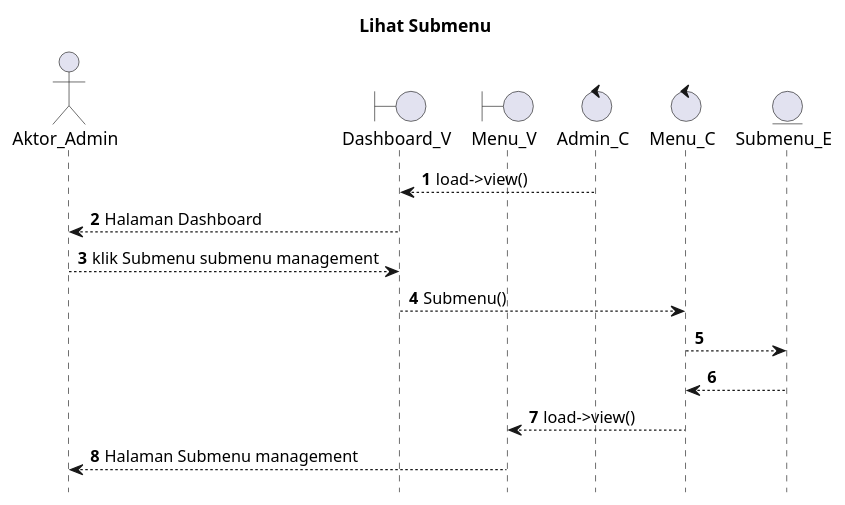
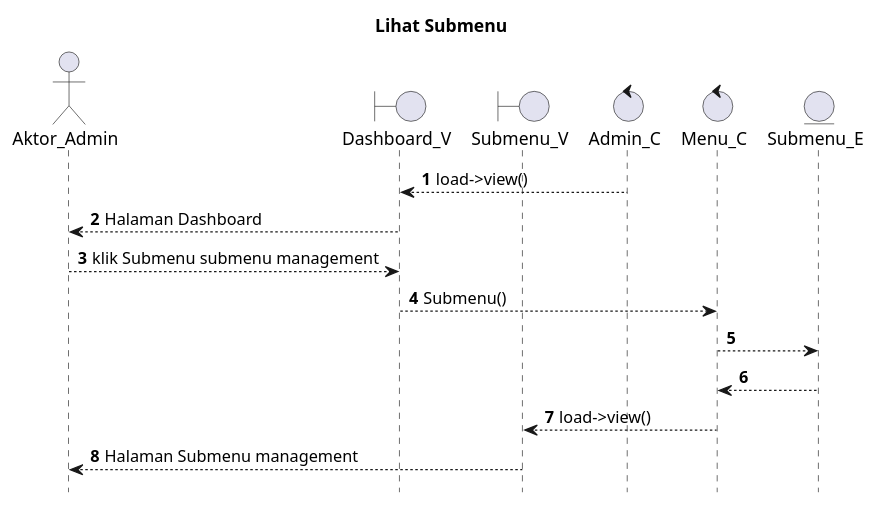
One commit to kurniado729/sistem_kp changed the diagram in UML/admin/viewsubmenu.puml. Above: the diagram before and after it, drawn with PlantUML. The commit also changed 44 other files, not shown here.

Commit message:
uml pemberitahuan

```diff
--- a/UML/admin/viewsubmenu.puml
+++ b/UML/admin/viewsubmenu.puml
@@ -1,24 +1,24 @@
 @startuml
 
 autonumber
 hide footbox
 title Lihat Submenu
 
 Actor Aktor_Admin
 boundary Dashboard_V
-boundary Menu_V
+boundary Submenu_V
 control Admin_C
 control Menu_C
 Entity Submenu_E
 
 Admin_C --> Dashboard_V: load->view()
 Dashboard_V --> Aktor_Admin: Halaman Dashboard
 Aktor_Admin --> Dashboard_V: klik Submenu submenu management
 Dashboard_V --> Menu_C: Submenu()
 Menu_C --> Submenu_E:
     
     Submenu_E --> Menu_C:
-    Menu_C --> Menu_V: load->view()
-    Menu_V --> Aktor_Admin: Halaman Submenu management
+    Menu_C --> Submenu_V: load->view()
+    Submenu_V --> Aktor_Admin: Halaman Submenu management
 
 @enduml
```
